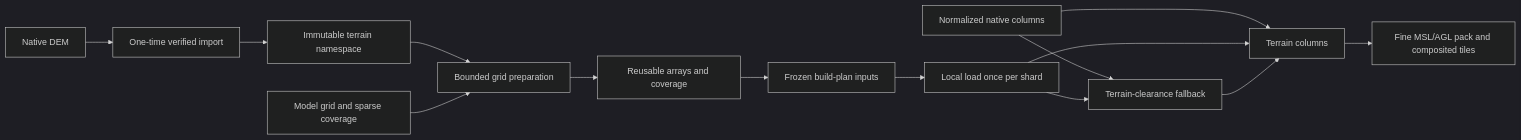
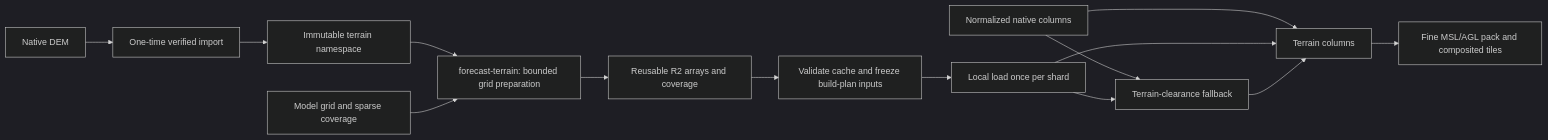
The third of 3 diagrams in docs/architecture.md (jdorrance/av-layers), drawn with Mermaid (dark theme) before and after one commit. The commit also changed other lines of this file and 14 other files, not shown here.

Commit message:
Prepare reusable terrain before forecast planning

````diff
--- a/docs/architecture.md
+++ b/docs/architecture.md
@@ -112,16 +112,16 @@
 ```mermaid
 flowchart LR
   dem[Native DEM] --> ingest[One-time verified import]
   ingest --> terrain[Immutable terrain namespace]
-  terrain --> prepare[Bounded grid preparation]
+  terrain --> prepare[forecast-terrain: bounded grid preparation]
   domain[Model grid and sparse coverage] --> prepare
-  prepare --> inputs[Reusable arrays and coverage]
-  inputs --> plan[Frozen build-plan inputs]
+  prepare --> inputs[Reusable R2 arrays and coverage]
+  inputs --> plan[Validate cache and freeze build-plan inputs]
   plan --> workers[Local load once per shard]
   weather[Normalized native columns] --> columns[Terrain columns]
   workers --> columns
   weather --> clearance[Terrain-clearance fallback]
   workers --> clearance
   clearance --> columns
   columns --> agl[Fine MSL/AGL pack and composited tiles]
 ```
````
